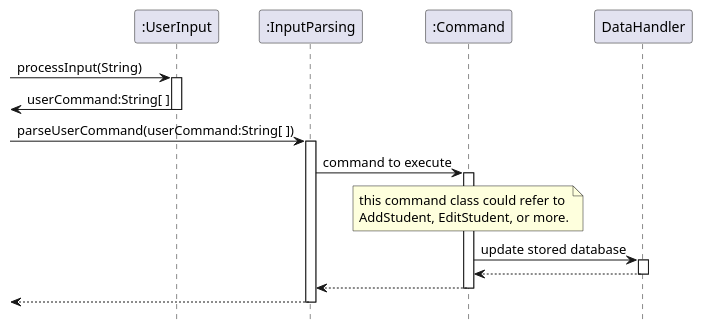
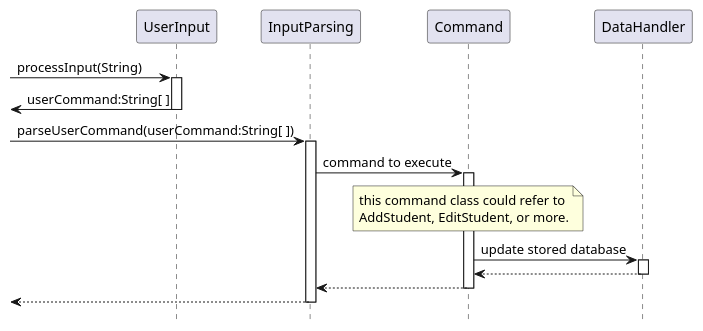
Before and after one commit to blackmirag3/Classify: the diagram in docs/diagrams/src/InputParsing/SequenceDiagram.puml, drawn with PlantUML. The commit also changed 7 other files, not shown here.

Commit message:
Add ppp, Edit DG diagrams

```diff
--- a/docs/diagrams/src/InputParsing/SequenceDiagram.puml
+++ b/docs/diagrams/src/InputParsing/SequenceDiagram.puml
@@ -1,33 +1,33 @@
 @startuml InputParsingSequenceDiagram
 
 hide footbox
 
 
-participant ":UserInput" as UI
-participant ":InputParsing" as IP
-participant ":Command" as commands 
+participant "UserInput" as UI
+participant "InputParsing" as IP
+participant "Command" as commands 
 participant "DataHandler" as fioc
 
 -> UI : processInput(String)
 activate UI
 <- UI  : userCommand:String[ ]
 deactivate UI
 
 -> IP : parseUserCommand(userCommand:String[ ])
 activate IP
 IP -> commands : command to execute
 activate commands
 note over commands  
     this command class could refer to 
     AddStudent, EditStudent, or more.
 end note
 commands -> fioc : update stored database
 activate fioc
 fioc --> commands
 deactivate fioc
 commands --> IP
 deactivate commands
 <-- IP
 deactivate IP
 
 @enduml
```
